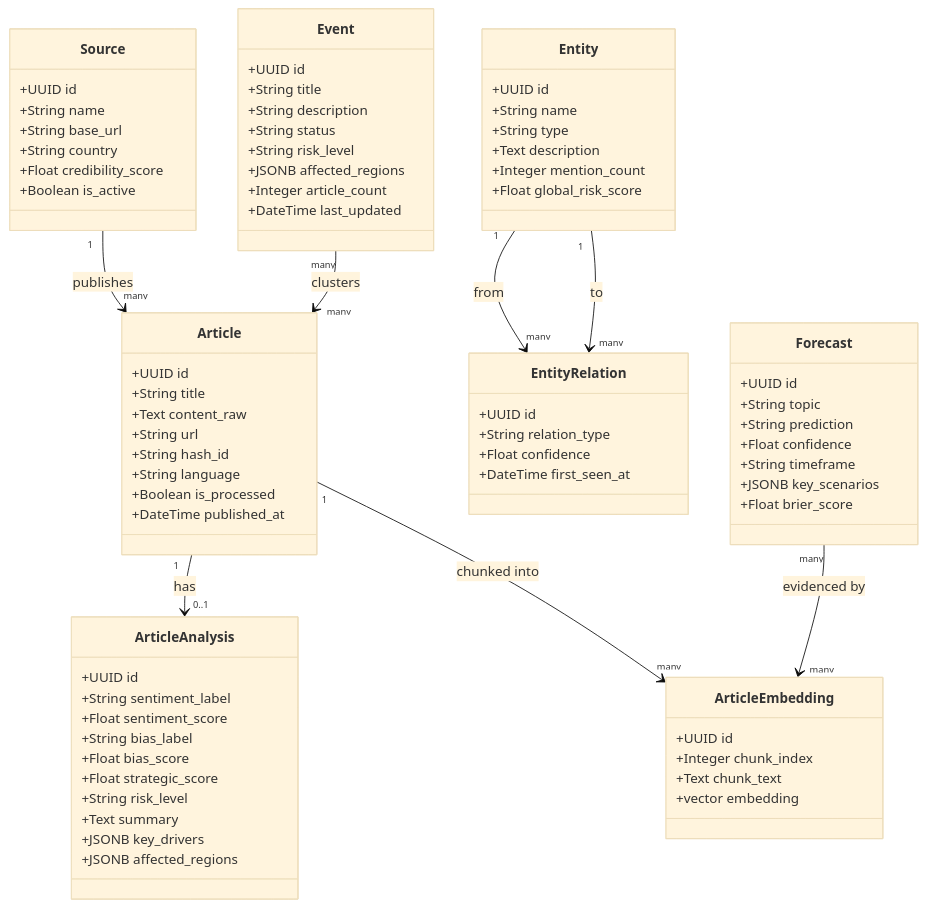
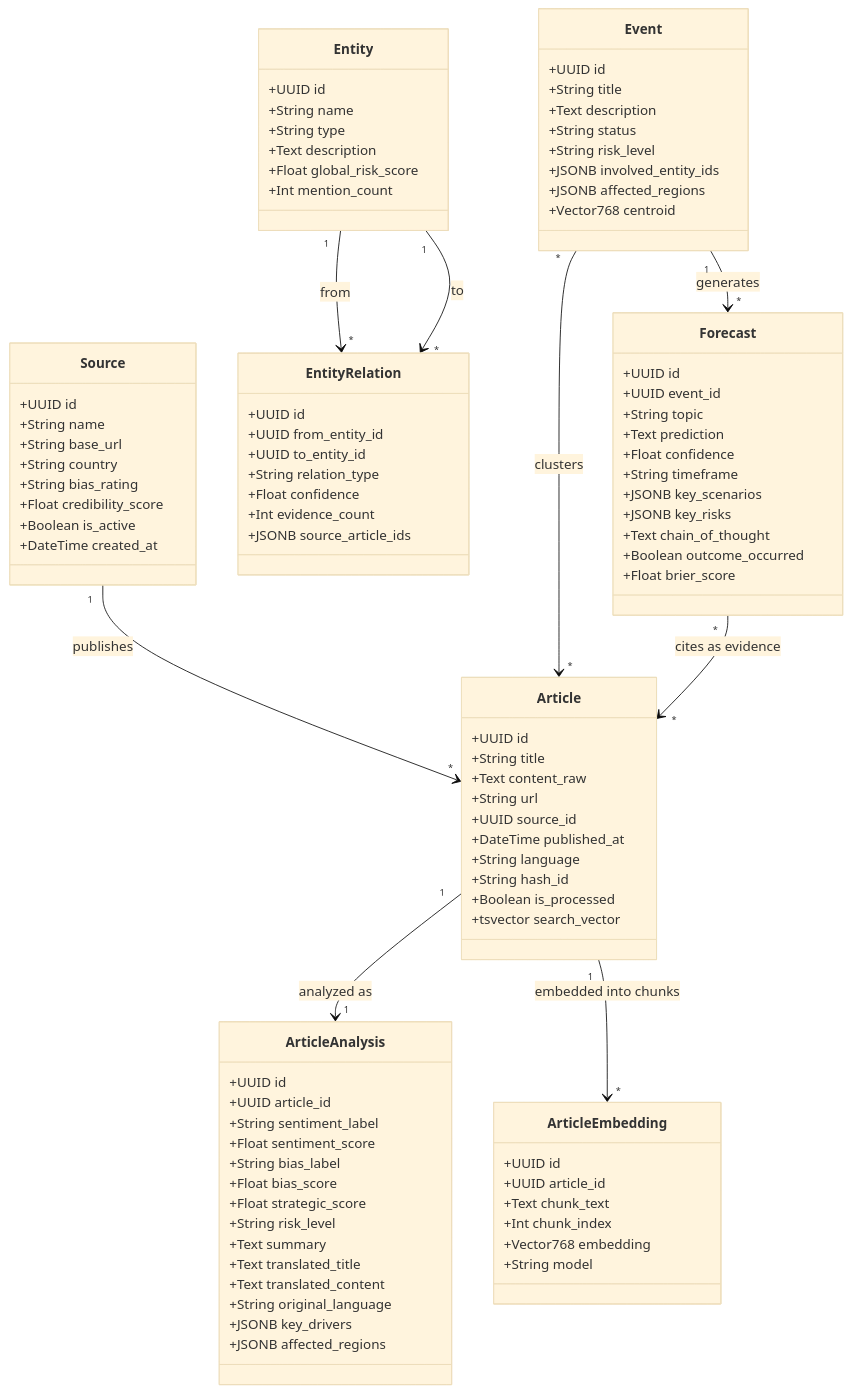
The fifth of 5 diagrams in README.md (krishmaniyar/Strategic-News-Analyzer), drawn with Mermaid (base theme) before and after one commit. The commit also changed other lines of this file, not shown here.

Commit message:
docs: add comprehensive professional README with architecture diagrams, setup guide, metrics, and configuration reference

````diff
--- a/README.md
+++ b/README.md
@@ -366,8 +303,10 @@
         +String name
         +String base_url
         +String country
+        +String bias_rating
         +Float credibility_score
         +Boolean is_active
+        +DateTime created_at
     }
 
     class Article {
@@ -375,14 +314,17 @@
         +String title
         +Text content_raw
         +String url
+        +UUID source_id
+        +DateTime published_at
+        +String language
         +String hash_id
-        +String language
         +Boolean is_processed
-        +DateTime published_at
+        +tsvector search_vector
     }
 
     class ArticleAnalysis {
         +UUID id
+        +UUID article_id
         +String sentiment_label
         +Float sentiment_score
         +String bias_label
@@ -390,15 +332,20 @@
         +Float strategic_score
         +String risk_level
         +Text summary
+        +Text translated_title
+        +Text translated_content
+        +String original_language
         +JSONB key_drivers
         +JSONB affected_regions
     }
 
     class ArticleEmbedding {
         +UUID id
-        +Integer chunk_index
+        +UUID article_id
         +Text chunk_text
-        +vector embedding
+        +Int chunk_index
+        +Vector768 embedding
+        +String model
     }
 
     class Entity {
@@ -406,43 +353,51 @@
         +String name
         +String type
         +Text description
-        +Integer mention_count
         +Float global_risk_score
+        +Int mention_count
     }
 
     class EntityRelation {
         +UUID id
+        +UUID from_entity_id
+        +UUID to_entity_id
         +String relation_type
         +Float confidence
-        +DateTime first_seen_at
+        +Int evidence_count
+        +JSONB source_article_ids
     }
 
     class Event {
         +UUID id
         +String title
-        +String description
+        +Text description
         +String status
         +String risk_level
+        +JSONB involved_entity_ids
         +JSONB affected_regions
-        +Integer article_count
-        +DateTime last_updated
+        +Vector768 centroid
     }
 
     class Forecast {
         +UUID id
+        +UUID event_id
         +String topic
-        +String prediction
+        +Text prediction
         +Float confidence
         +String timeframe
         +JSONB key_scenarios
+        +JSONB key_risks
+        +Text chain_of_thought
+        +Boolean outcome_occurred
         +Float brier_score
     }
 
-    Source "1" --> "many" Article : publishes
-    Article "1" --> "0..1" ArticleAnalysis : has
-    Article "1" --> "many" ArticleEmbedding : chunked into
-    Entity "1" --> "many" EntityRelation : from
-    Entity "1" --> "many" EntityRelation : to
-    Event "many" --> "many" Article : clusters
-    Forecast "many" --> "many" ArticleEmbedding : evidenced by
+    Source "1" --> "*" Article : publishes
+    Article "1" --> "1" ArticleAnalysis : analyzed as
+    Article "1" --> "*" ArticleEmbedding : embedded into chunks
+    Entity "1" --> "*" EntityRelation : from
+    Entity "1" --> "*" EntityRelation : to
+    Event "*" --> "*" Article : clusters
+    Event "1" --> "*" Forecast : generates
+    Forecast "*" --> "*" Article : cites as evidence
 ```
````
